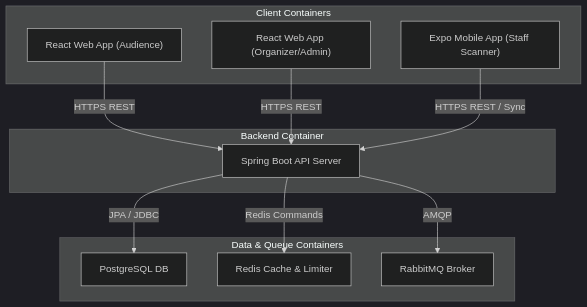
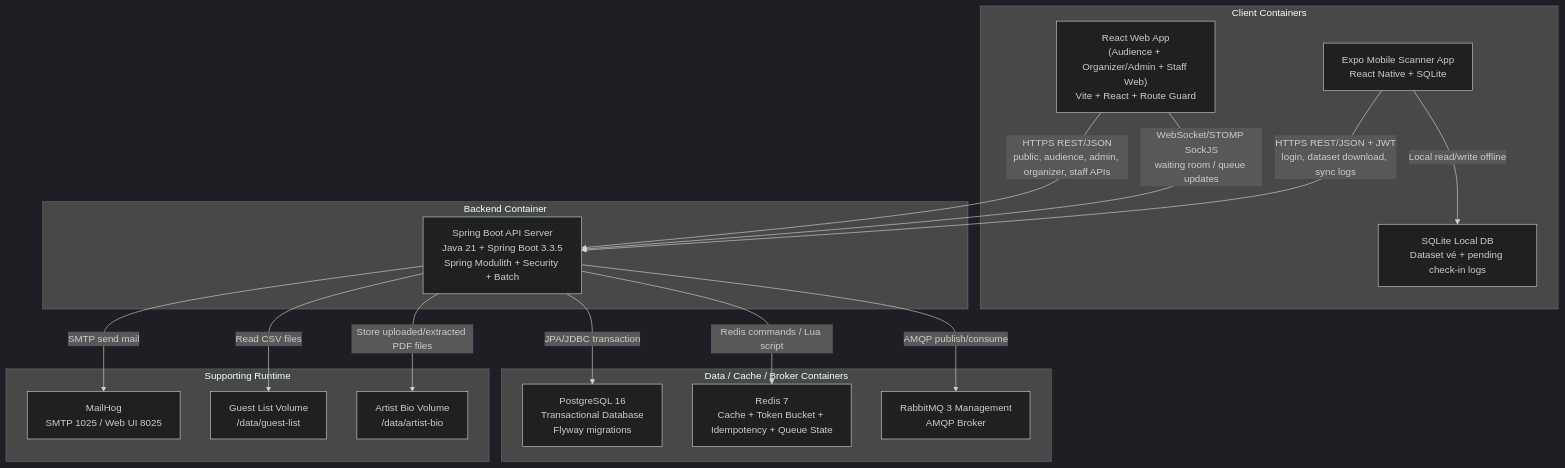
The second of 7 diagrams in blueprint/design.md (luc1fe4/ticketbox-modular-monolith), drawn with Mermaid (dark theme) before and after one commit. The commit also changed other lines of this file and 8 other files, not shown here.

````diff
--- a/blueprint/design.md
+++ b/blueprint/design.md
@@ -35,26 +222,36 @@
 ```mermaid
 graph TD
-    subgraph Client Containers
-        WebAudience["React Web App (Audience)"]
-        WebAdmin["React Web App (Organizer/Admin)"]
-        MobileScanner["Expo Mobile App (Staff Scanner)"]
+    subgraph Client["Client Containers"]
+        ReactWeb["React Web App<br/>(Audience + Organizer/Admin + Staff Web)<br/>Vite + React + Route Guard"]
+        MobileScanner["Expo Mobile Scanner App<br/>React Native + SQLite"]
+        LocalSQLite["SQLite Local DB<br/>Dataset vé + pending check-in logs"]
     end
 
-    subgraph Backend Container
-        BackendAPI["Spring Boot API Server"]
+    subgraph Backend["Backend Container"]
+        BackendAPI["Spring Boot API Server<br/>Java 21 + Spring Boot 3.3.5<br/>Spring Modulith + Security + Batch"]
     end
 
-    subgraph Data & Queue Containers
-        Postgres["PostgreSQL DB"]
-        Redis["Redis Cache & Limiter"]
-        RabbitMQ["RabbitMQ Broker"]
+    subgraph DataInfra["Data / Cache / Broker Containers"]
+        Postgres["PostgreSQL 16<br/>Transactional Database<br/>Flyway migrations"]
+        Redis["Redis 7<br/>Cache + Token Bucket + Idempotency + Queue State"]
+        RabbitMQ["RabbitMQ 3 Management<br/>AMQP Broker"]
     end
 
-    WebAudience -->|HTTPS REST| BackendAPI
-    WebAdmin -->|HTTPS REST| BackendAPI
-    MobileScanner -->|HTTPS REST / Sync| BackendAPI
+    subgraph Support["Supporting Runtime"]
+        MailHog["MailHog<br/>SMTP 1025 / Web UI 8025"]
+        GuestVolume["Guest List Volume<br/>/data/guest-list"]
+        ArtistVolume["Artist Bio Volume<br/>/data/artist-bio"]
+    end
 
-    BackendAPI -->|JPA / JDBC| Postgres
-    BackendAPI -->|Redis Commands| Redis
-    BackendAPI -->|AMQP| RabbitMQ
+    ReactWeb -->|"HTTPS REST/JSON<br/>public, audience, admin, organizer, staff APIs"| BackendAPI
+    ReactWeb -->|"WebSocket/STOMP SockJS<br/>waiting room / queue updates"| BackendAPI
+    MobileScanner -->|"HTTPS REST/JSON + JWT<br/>login, dataset download, sync logs"| BackendAPI
+    MobileScanner -->|"Local read/write offline"| LocalSQLite
+
+    BackendAPI -->|"JPA/JDBC transaction"| Postgres
+    BackendAPI -->|"Redis commands / Lua script"| Redis
+    BackendAPI -->|"AMQP publish/consume"| RabbitMQ
+    BackendAPI -->|"SMTP send mail"| MailHog
+    BackendAPI -->|"Read CSV files"| GuestVolume
+    BackendAPI -->|"Store uploaded/extracted PDF files"| ArtistVolume
 ```
````
